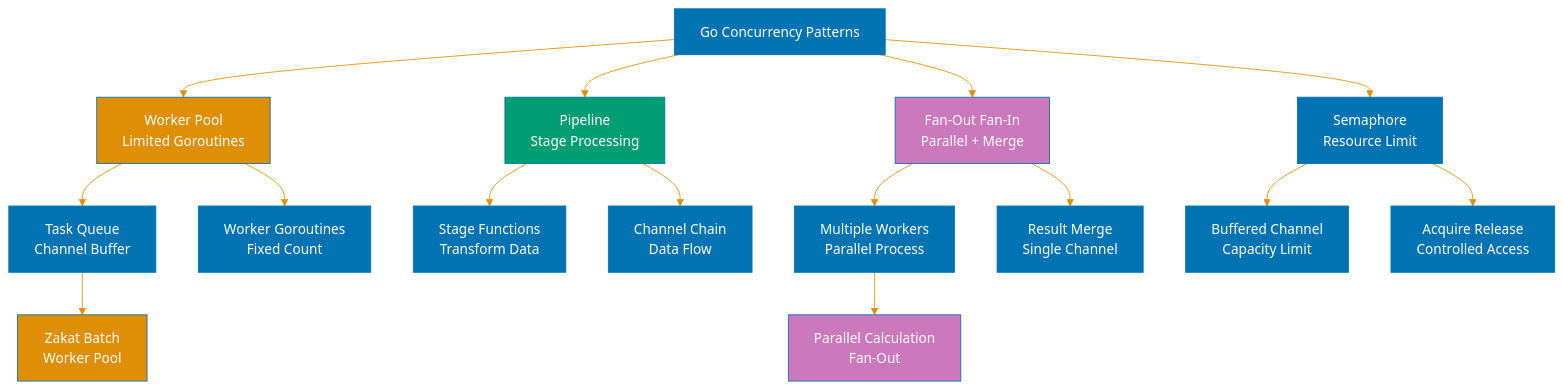
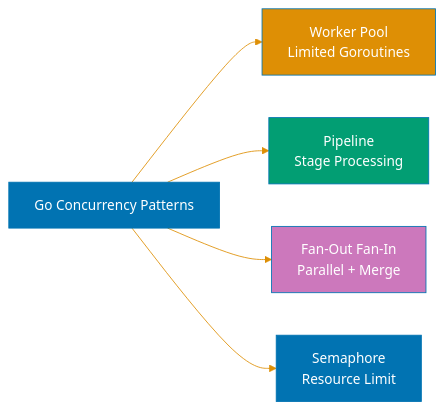
Before and after one commit to wahidyankf/open-sharia-enterprise: the ninth of 10 diagrams in docs/explanation/software-engineering/programming-languages/golang/concurrency-standards.md, drawn with Mermaid. The commit also changed other lines of this file and 11 other files, not shown here.

First line of the commit message:
fix(docs): fix mermaid violations in golang docs

````diff
--- a/docs/explanation/software-engineering/programming-languages/golang/concurrency-standards.md
+++ b/docs/explanation/software-engineering/programming-languages/golang/concurrency-standards.md
@@ -2371,31 +2358,14 @@
 ```mermaid
 %%{init: {'theme':'base', 'themeVariables': { 'primaryColor':'#0173B2','primaryTextColor':'#fff','primaryBorderColor':'#0173B2','lineColor':'#DE8F05','secondaryColor':'#029E73','tertiaryColor':'#CC78BC','fontSize':'16px'}}}%%
-flowchart TD
+flowchart LR
     A[Go Concurrency Patterns] --> B[Worker Pool<br/>Limited Goroutines]
     A --> C[Pipeline<br/>Stage Processing]
     A --> D[Fan-Out Fan-In<br/>Parallel + Merge]
     A --> E[Semaphore<br/>Resource Limit]
-
-    B --> B1[Task Queue<br/>Channel Buffer]
-    B --> B2[Worker Goroutines<br/>Fixed Count]
-
-    C --> C1[Stage Functions<br/>Transform Data]
-    C --> C2[Channel Chain<br/>Data Flow]
-
-    D --> D1[Multiple Workers<br/>Parallel Process]
-    D --> D2[Result Merge<br/>Single Channel]
-
-    E --> E1[Buffered Channel<br/>Capacity Limit]
-    E --> E2[Acquire Release<br/>Controlled Access]
-
-    B1 --> F[Zakat Batch<br/>Worker Pool]
-    D1 --> G[Parallel Calculation<br/>Fan-Out]
 
     style A fill:#0173B2,color:#fff
     style B fill:#DE8F05,color:#fff
     style C fill:#029E73,color:#fff
     style D fill:#CC78BC,color:#fff
     style E fill:#0173B2,color:#fff
-    style F fill:#DE8F05,color:#fff
-    style G fill:#CC78BC,color:#fff
 ```
````
